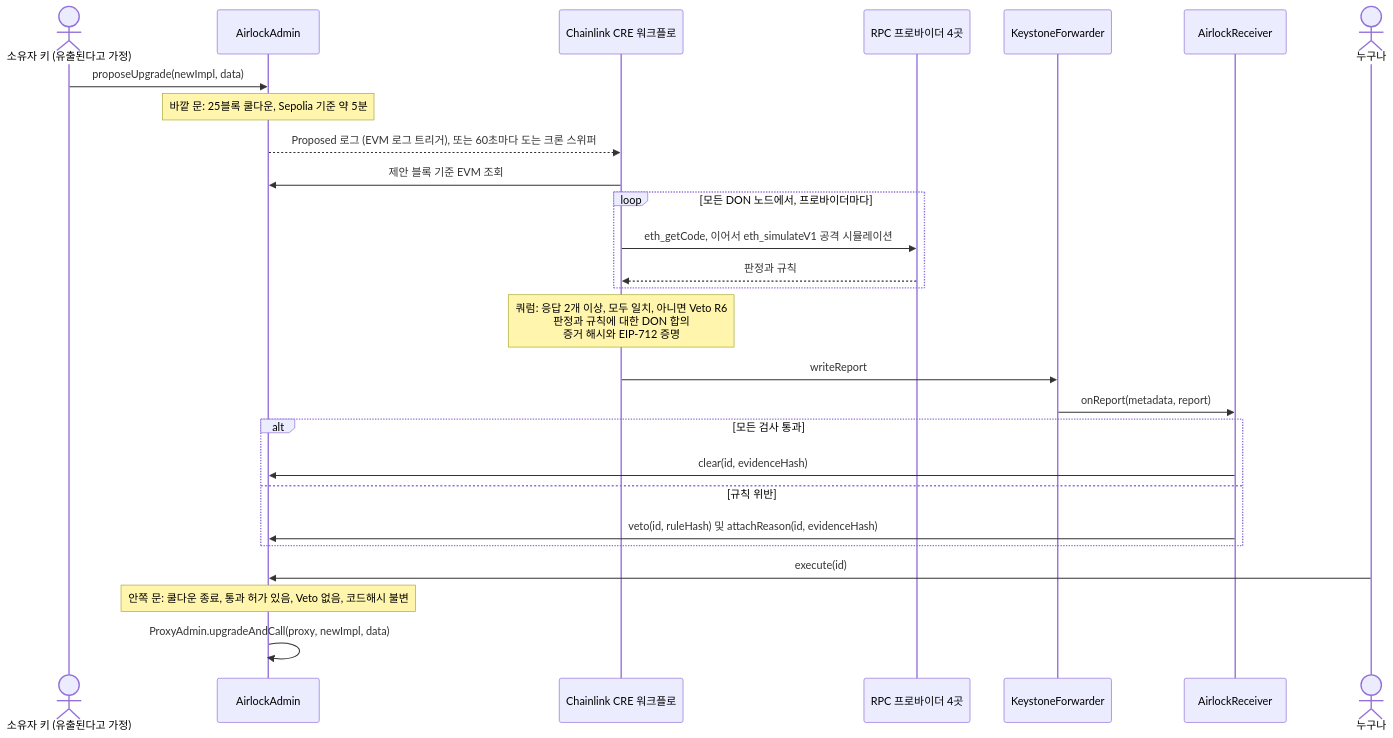
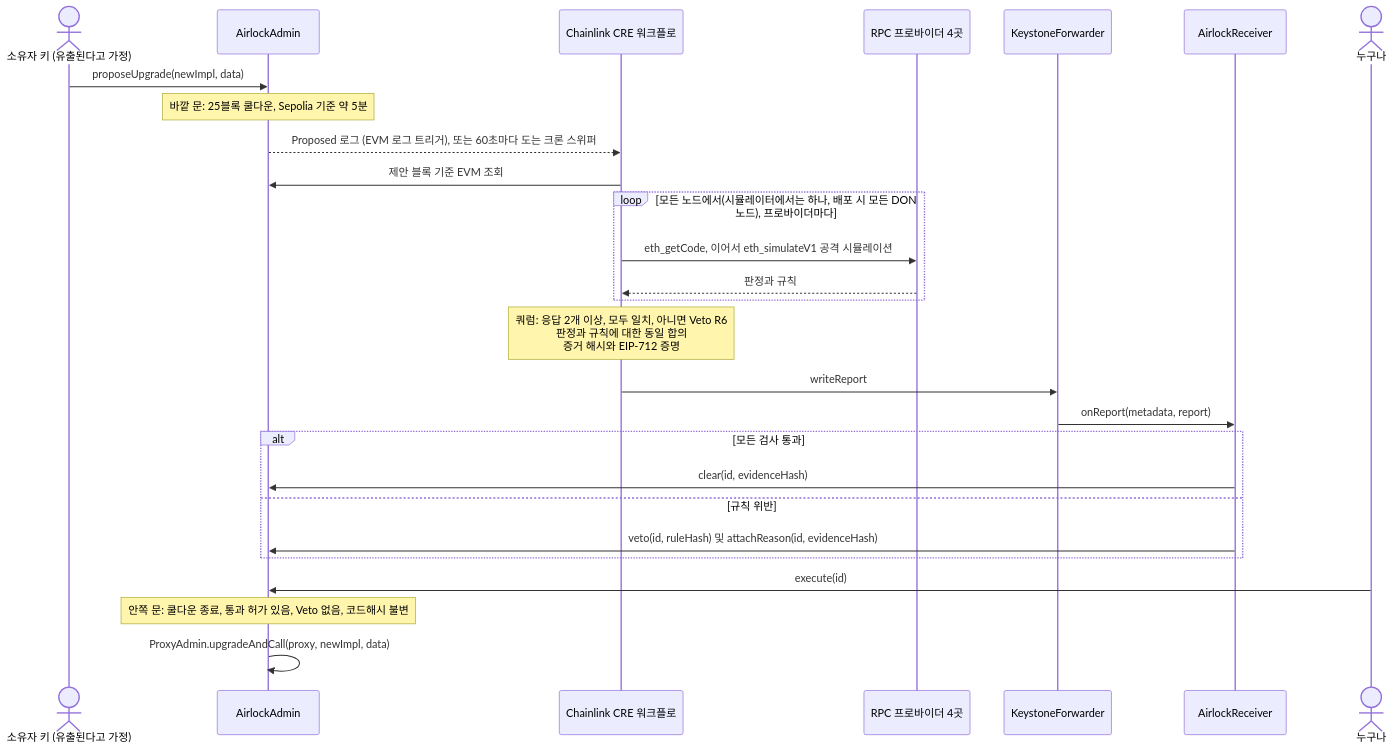
Before and after one commit to tedinroc/upgrade-airlock: the diagram in README.ko.md, drawn with Mermaid. The commit also changed other lines of this file and 37 other files, not shown here.

````diff
--- a/README.ko.md
+++ b/README.ko.md
@@ -52,30 +53,30 @@
 ```mermaid
 sequenceDiagram
     actor Owner as 소유자 키 (유출된다고 가정)
     participant Admin as AirlockAdmin
     participant CRE as Chainlink CRE 워크플로
     participant RPC as RPC 프로바이더 4곳
     participant Fwd as KeystoneForwarder
     participant Recv as AirlockReceiver
     actor Anyone as 누구나
 
     Owner->>Admin: proposeUpgrade(newImpl, data)
     Note over Admin: 바깥 문: 25블록 쿨다운, Sepolia 기준 약 5분
     Admin-->>CRE: Proposed 로그 (EVM 로그 트리거), 또는 60초마다 도는 크론 스위퍼
     CRE->>Admin: 제안 블록 기준 EVM 조회
-    loop 모든 DON 노드에서, 프로바이더마다
+    loop 모든 노드에서(시뮬레이터에서는 하나, 배포 시 모든 DON 노드), 프로바이더마다
         CRE->>RPC: eth_getCode, 이어서 eth_simulateV1 공격 시뮬레이션
         RPC-->>CRE: 판정과 규칙
     end
-    Note over CRE: 쿼럼: 응답 2개 이상, 모두 일치, 아니면 Veto R6<br/>판정과 규칙에 대한 DON 합의<br/>증거 해시와 EIP-712 증명
+    Note over CRE: 쿼럼: 응답 2개 이상, 모두 일치, 아니면 Veto R6<br/>판정과 규칙에 대한 동일 합의<br/>증거 해시와 EIP-712 증명
     CRE->>Fwd: writeReport
     Fwd->>Recv: onReport(metadata, report)
     alt 모든 검사 통과
         Recv->>Admin: clear(id, evidenceHash)
     else 규칙 위반
         Recv->>Admin: veto(id, ruleHash) 및 attachReason(id, evidenceHash)
     end
     Anyone->>Admin: execute(id)
     Note over Admin: 안쪽 문: 쿨다운 종료, 통과 허가 있음, Veto 없음, 코드해시 불변
     Admin->>Admin: ProxyAdmin.upgradeAndCall(proxy, newImpl, data)
 ```
````
